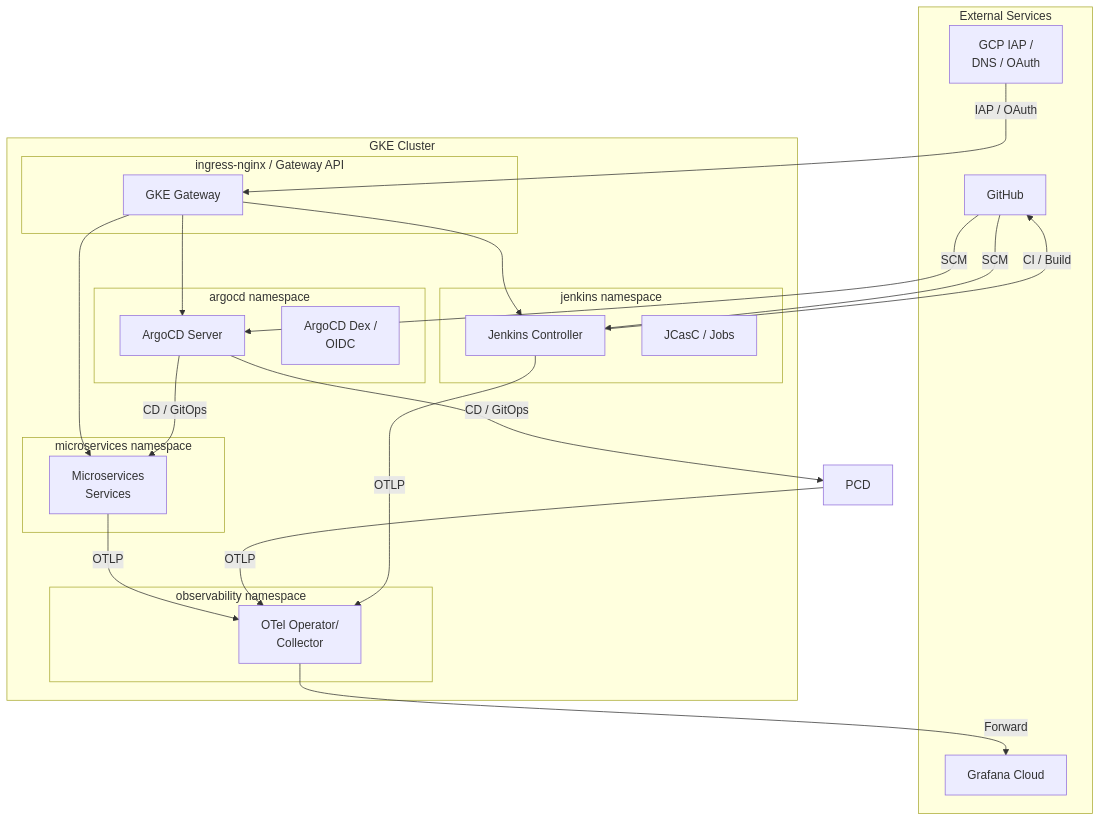
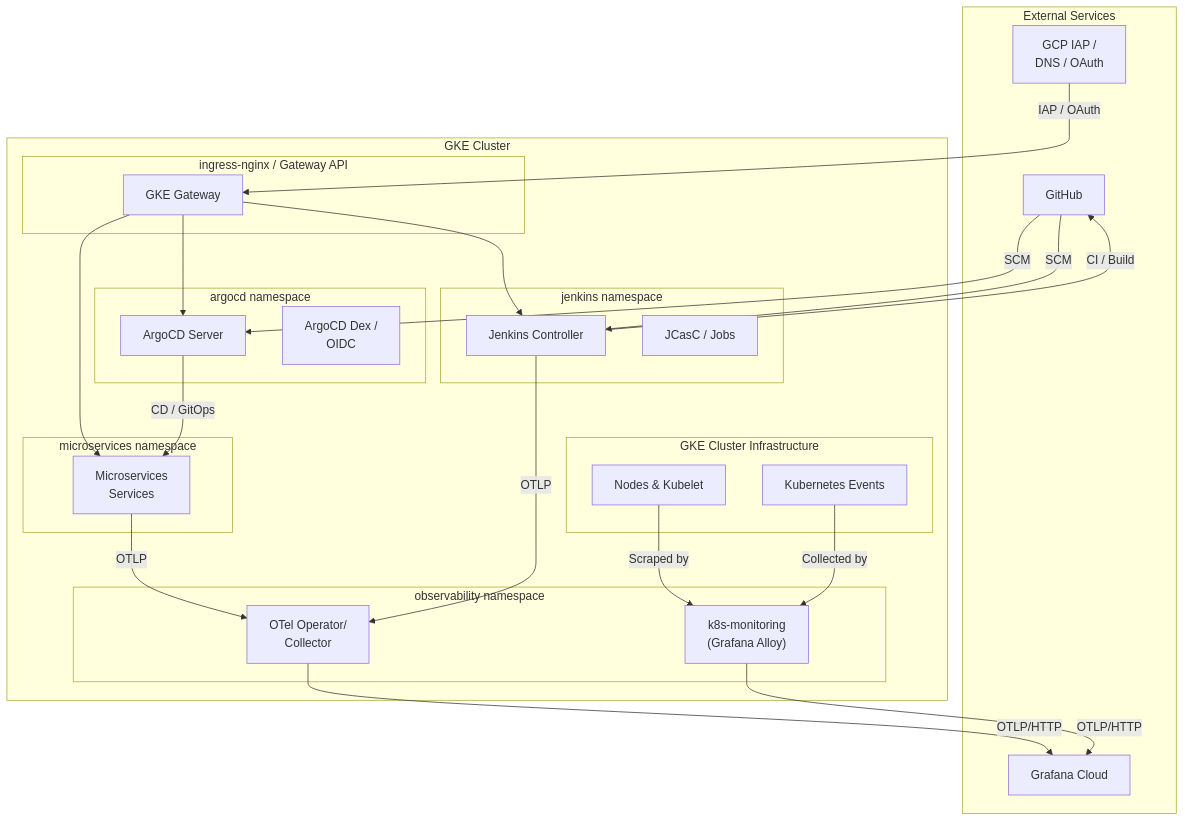
Before and after one commit to nubenetes/jenkins-2026: the first of 8 diagrams in README.md, drawn with Mermaid. The commit also changed other lines of this file and 9 other files, not shown here.

````diff
--- a/README.md
+++ b/README.md
@@ -226,46 +226,54 @@
 ```mermaid
 graph TB
     subgraph "External Services"
         GH["GitHub"]
         GC["Grafana Cloud"]
         GCP["GCP IAP /<br/>DNS / OAuth"]
     end
 
     subgraph "GKE Cluster"
         subgraph "ingress-nginx / Gateway API"
             GW["GKE Gateway"]
         end
 
         subgraph "jenkins namespace"
             J["Jenkins Controller"]
             JC["JCasC / Jobs"]
         end
 
         subgraph "argocd namespace"
             ACD["ArgoCD Server"]
             DEX["ArgoCD Dex /<br/>OIDC"]
         end
 
         subgraph "observability namespace"
             OTEL["OTel Operator/<br/>Collector"]
+            K8S["k8s-monitoring<br/>(Grafana Alloy)"]
         end
 
         subgraph "microservices namespace"
             PCS["Microservices<br/>Services"]
+        end
+
+        subgraph "GKE Cluster Infrastructure"
+            NODES["Nodes & Kubelet"]
+            EVENTS["Kubernetes Events"]
         end
     end
 
     GH -->|SCM| J
     GH -->|SCM| ACD
     GCP -->|"IAP / OAuth"| GW
     GW --> J
     GW --> ACD
     GW --> PCS
     J -->|"CI / Build"| GH
     ACD -->|"CD / GitOps"| PCS
-    ACD -->|"CD / GitOps"| PCD
     PCS -->|OTLP| OTEL
-    PCD -->|OTLP| OTEL
     J -->|OTLP| OTEL
-    OTEL -->|Forward| GC
+    OTEL -->|OTLP/HTTP| GC
+    
+    NODES -->|Scraped by| K8S
+    EVENTS -->|Collected by| K8S
+    K8S -->|OTLP/HTTP| GC
 ```
````
